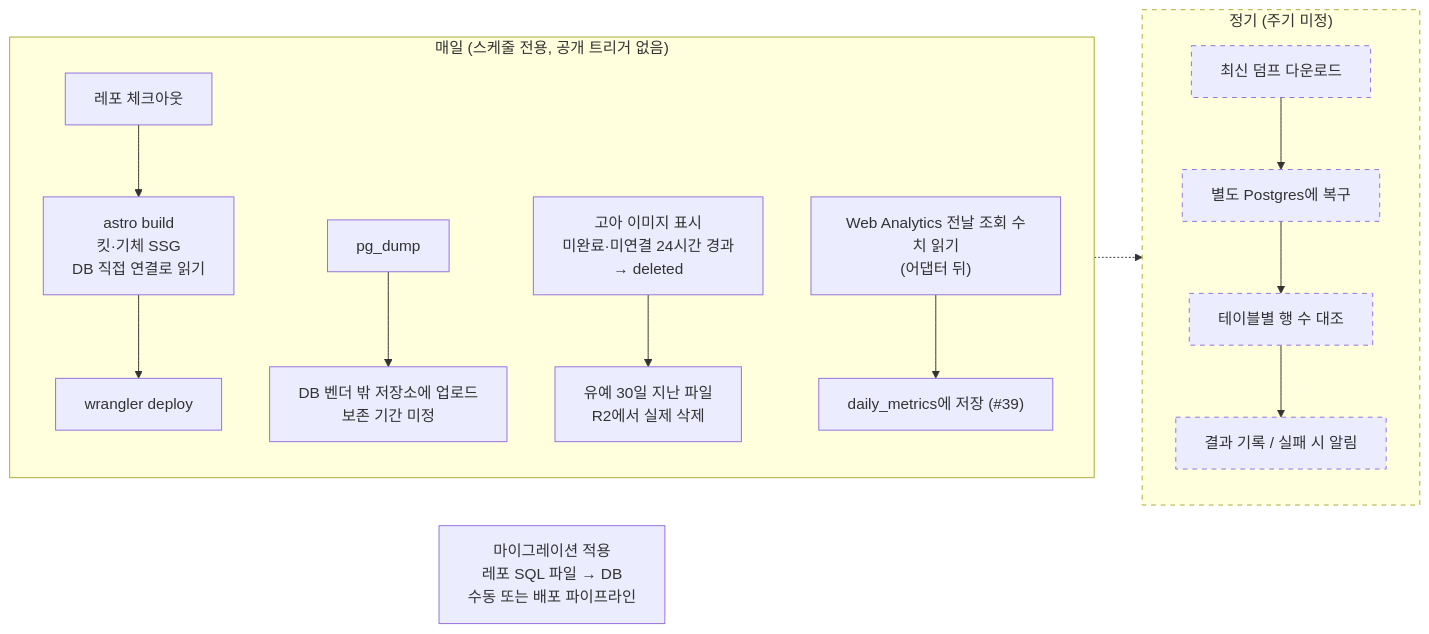
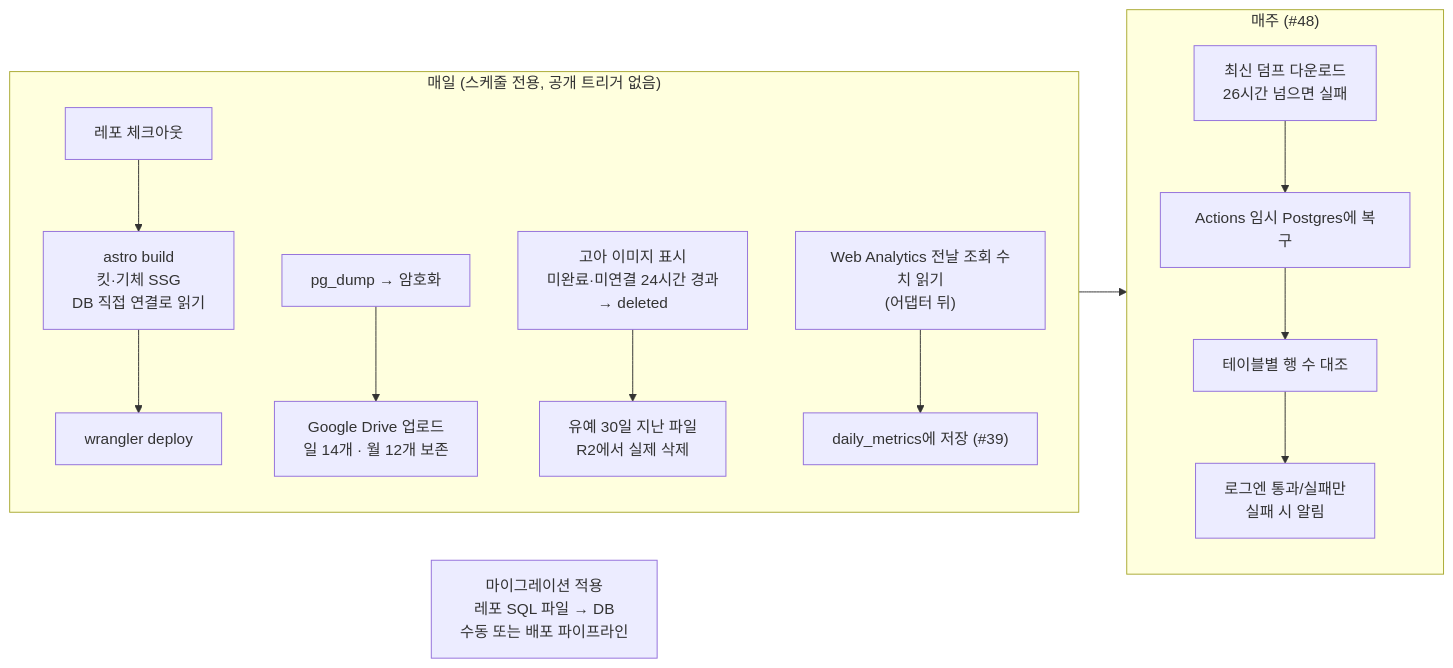
Before and after one commit to evanyun93/G-MOIM: the third of 7 diagrams in docs/architecture/아키텍처_v1_2026-09-13.md, drawn with Mermaid. The commit also changed other lines of this file and 8 other files, not shown here.

First line of the commit message:
docs: 결정 #46~#48 무료 도메인으로 시작, 배치 GitHub Actions, Google Drive 백업·주간 복구 훈련

````diff
--- a/docs/architecture/아키텍처_v1_2026-09-13.md
+++ b/docs/architecture/아키텍처_v1_2026-09-13.md
@@ -139,25 +139,22 @@
 ```mermaid
 flowchart LR
     subgraph DAILY["매일 (스케줄 전용, 공개 트리거 없음)"]
         direction TB
         B1["레포 체크아웃"] --> B2["astro build<br/>킷·기체 SSG<br/>DB 직접 연결로 읽기"]
         B2 --> B3["wrangler deploy"]
-        D1["pg_dump"] --> D2["DB 벤더 밖 저장소에 업로드<br/>보존 기간 미정"]
+        D1["pg_dump → 암호화"] --> D2["Google Drive 업로드<br/>일 14개 · 월 12개 보존"]
         C1["고아 이미지 표시<br/>미완료·미연결 24시간 경과<br/>→ deleted"] --> C2["유예 30일 지난 파일<br/>R2에서 실제 삭제"]
         M1["Web Analytics 전날 조회 수치 읽기<br/>(어댑터 뒤)"] --> M2["daily_metrics에 저장 (#39)"]
     end
 
-    subgraph PERIODIC["정기 (주기 미정)"]
+    subgraph PERIODIC["매주 (#48)"]
         direction TB
-        R1["최신 덤프 다운로드"] --> R2["별도 Postgres에 복구"]
+        R1["최신 덤프 다운로드<br/>26시간 넘으면 실패"] --> R2["Actions 임시 Postgres에 복구"]
         R2 --> R3["테이블별 행 수 대조"]
-        R3 --> R4["결과 기록 / 실패 시 알림"]
+        R3 --> R4["로그엔 통과/실패만<br/>실패 시 알림"]
     end
 
     MIG["마이그레이션 적용<br/>레포 SQL 파일 → DB<br/>수동 또는 배포 파이프라인"]
 
-    D2 -.-> R1
-
-    classDef undecided stroke-dasharray: 5 5
-    class PERIODIC,R1,R2,R3,R4 undecided
+    D2 --> R1
 ```
````
